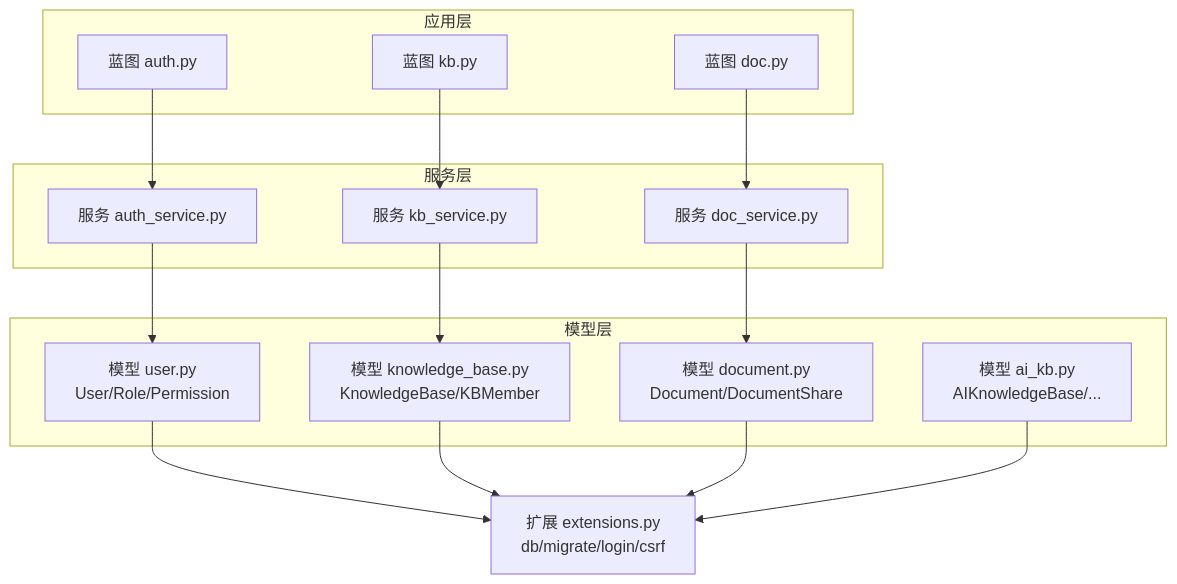
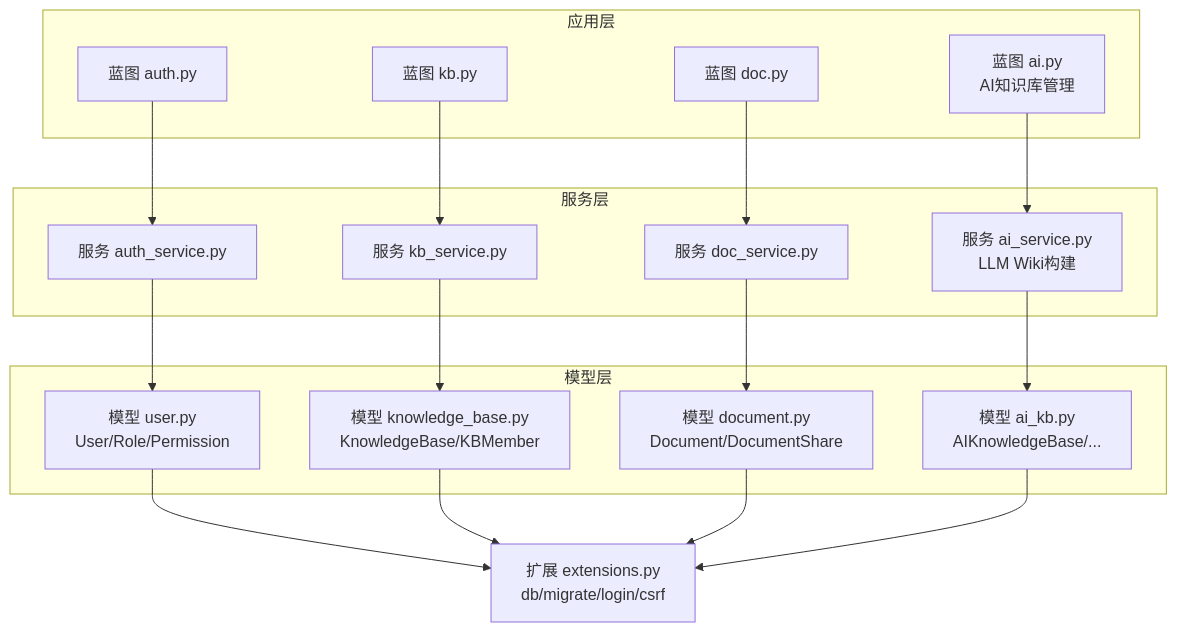
One commit to beyondalbert/my_wiki changed the first of 7 diagrams in .qoder/repowiki/zh/content/架构设计/数据持久化架构/核心数据模型/核心数据模型.md. Above: the diagram before and after it, drawn with Mermaid. The commit also changed other lines of this file and 10 other files, not shown here.

````diff
--- a/.qoder/repowiki/zh/content/架构设计/数据持久化架构/核心数据模型/核心数据模型.md
+++ b/.qoder/repowiki/zh/content/架构设计/数据持久化架构/核心数据模型/核心数据模型.md
@@ -45,30 +48,34 @@
 ```mermaid
 graph TB
 subgraph "应用层"
 BP_AUTH["蓝图 auth.py"]
 BP_KB["蓝图 kb.py"]
 BP_DOC["蓝图 doc.py"]
+BP_AI["蓝图 ai.py<br/>AI知识库管理"]
 end
 subgraph "服务层"
 S_AUTH["服务 auth_service.py"]
 S_KB["服务 kb_service.py"]
 S_DOC["服务 doc_service.py"]
+S_AI["服务 ai_service.py<br/>LLM Wiki构建"]
 end
 subgraph "模型层"
 M_USER["模型 user.py<br/>User/Role/Permission"]
 M_KB["模型 knowledge_base.py<br/>KnowledgeBase/KBMember"]
 M_DOC["模型 document.py<br/>Document/DocumentShare"]
 M_AIKB["模型 ai_kb.py<br/>AIKnowledgeBase/..."]
 end
 EXT["扩展 extensions.py<br/>db/migrate/login/csrf"]
 BP_AUTH --> S_AUTH
 BP_KB --> S_KB
 BP_DOC --> S_DOC
+BP_AI --> S_AI
 S_AUTH --> M_USER
 S_KB --> M_KB
 S_DOC --> M_DOC
+S_AI --> M_AIKB
 M_USER --> EXT
 M_KB --> EXT
 M_DOC --> EXT
 M_AIKB --> EXT
 ```
````
